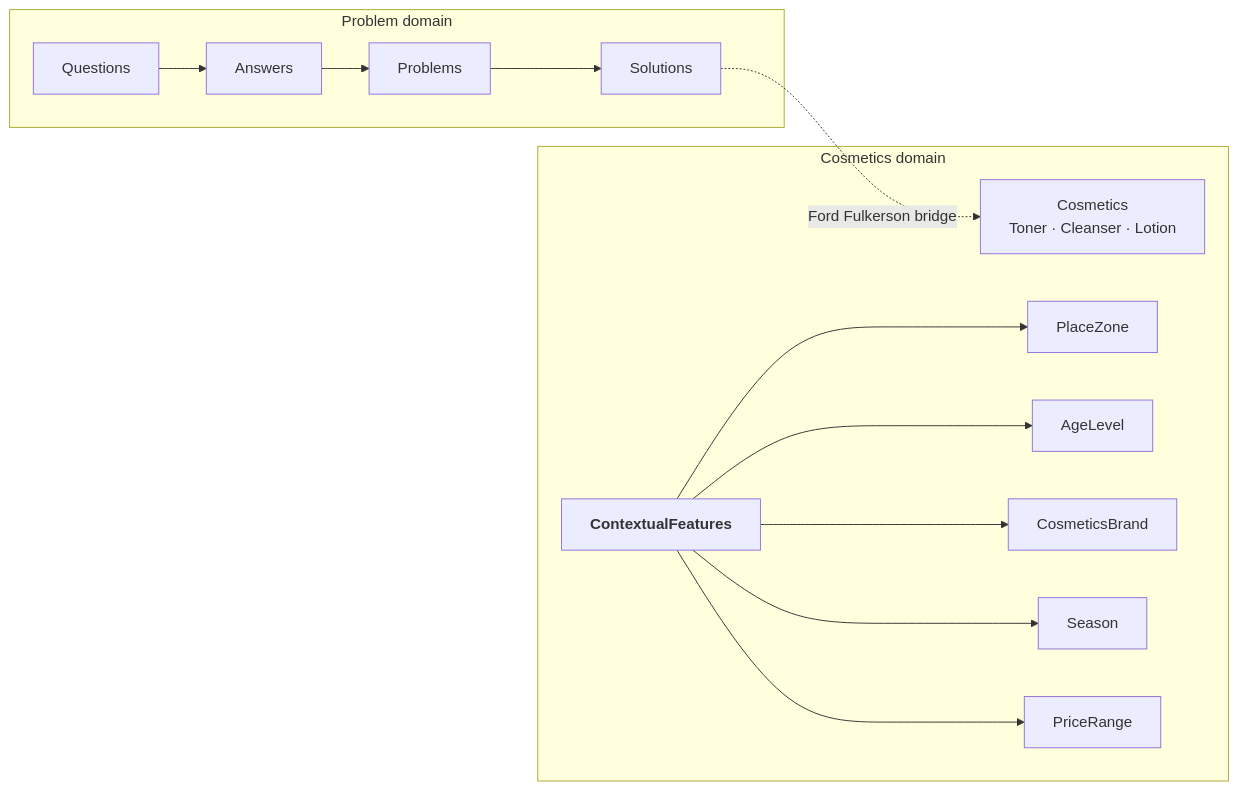
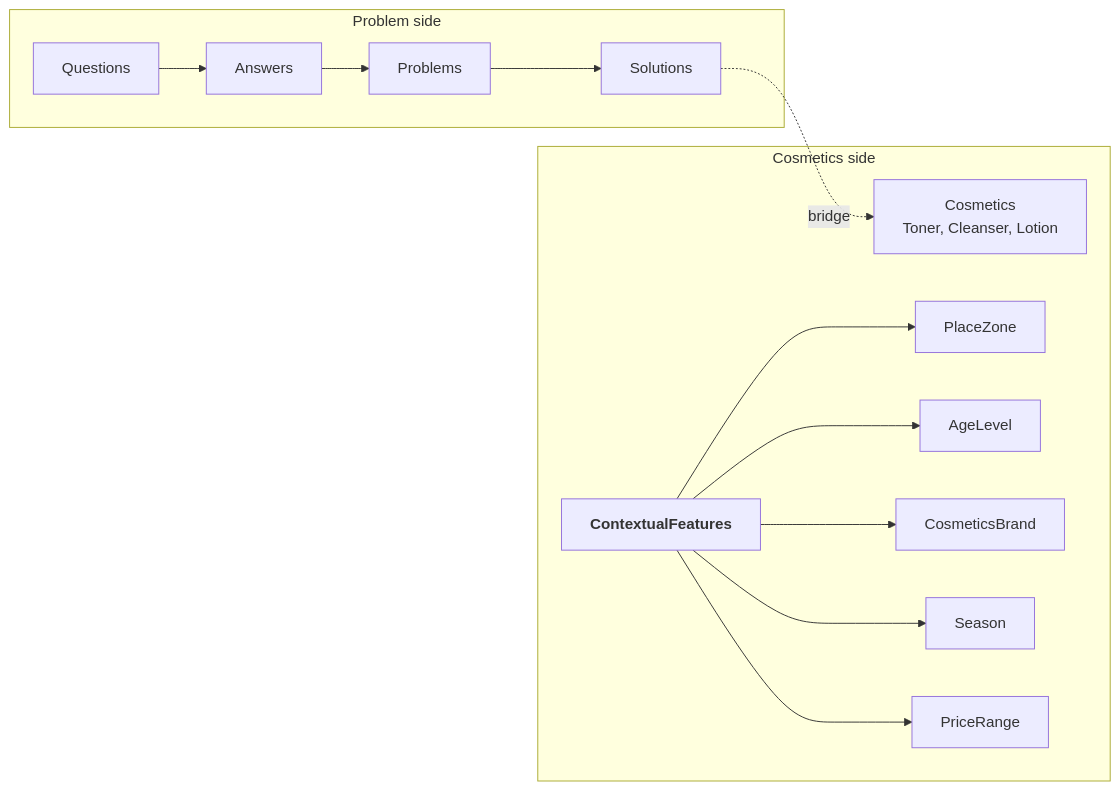
One commit to devexlynne/A-Multi-Source-Enriched-Skincare-Product-Dataset-for-Knowledge-Graph-Based-Recommendation changed the second of 6 diagrams in ONTOLOGY_REUSE.md. Above: the diagram before and after it, drawn with Mermaid. The commit also changed other lines of this file and 4 other files, not shown here.

````diff
--- a/ONTOLOGY_REUSE.md
+++ b/ONTOLOGY_REUSE.md
@@ -86,16 +130,16 @@
 ```mermaid
 graph LR
-    subgraph P["Problem domain"]
-        Q["Questions"] --> A2["Answers"] --> PB["Problems"] --> SO["Solutions"]
+    subgraph P["Problem side"]
+        Q["Questions"] --> A["Answers"] --> PB["Problems"] --> SO["Solutions"]
     end
-    subgraph C["Cosmetics domain"]
-        CO["Cosmetics<br/>Toner · Cleanser · Lotion"]
+    subgraph C["Cosmetics side"]
+        CO["Cosmetics<br/>Toner, Cleanser, Lotion"]
         CF["<b>ContextualFeatures</b>"]
         CF --> PZ["PlaceZone"]
         CF --> AG["AgeLevel"]
         CF --> BR["CosmeticsBrand"]
         CF --> SE["Season"]
-        CF --> PRc["PriceRange"]
+        CF --> PR["PriceRange"]
     end
-    SO -.->|Ford Fulkerson bridge| CO
+    SO -.->|bridge| CO
 ```
````
